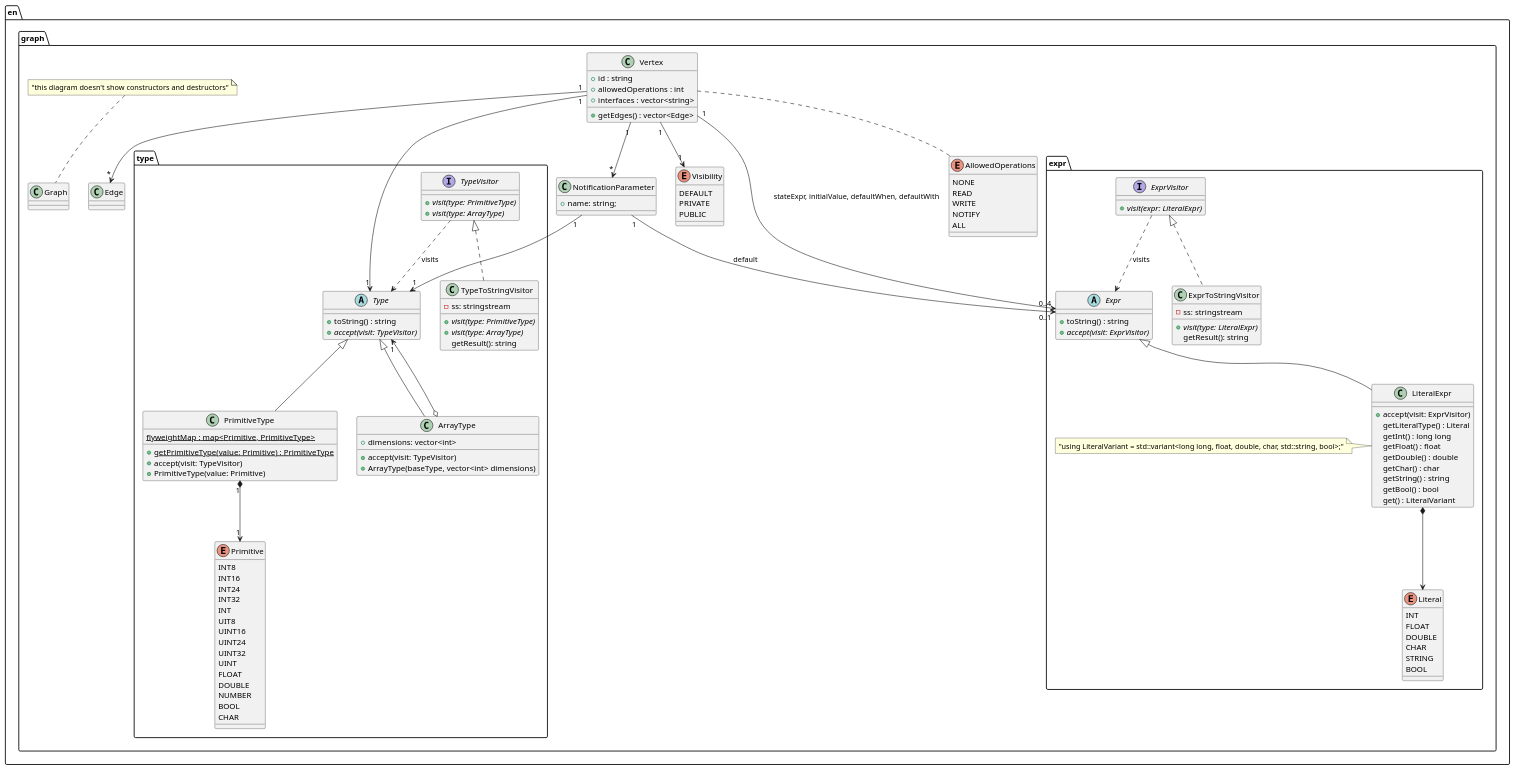
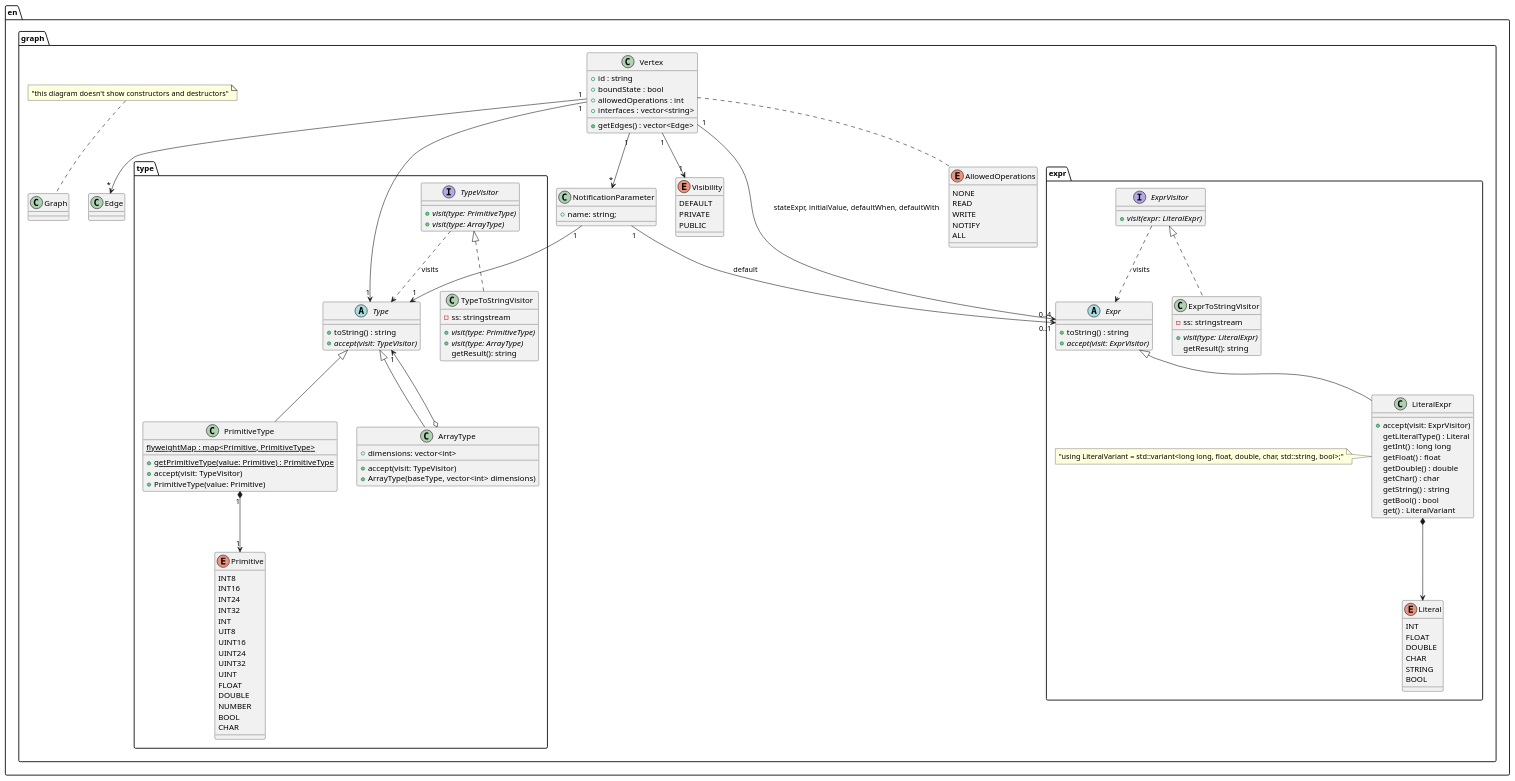
Before and after one commit to LucasEBSkora/Gnocchi: the diagram in specification and models/ENGraphClassDiagram.puml, drawn with PlantUML. The commit also changed 5 other files, not shown here.

```diff
--- a/specification and models/ENGraphClassDiagram.puml
+++ b/specification and models/ENGraphClassDiagram.puml
@@ -1,155 +1,156 @@
 @startuml "class"
 
 package en {
 
   package graph {
 
     package type {
       abstract class Type {
         + toString() : string
         {abstract} + accept(visit: TypeVisitor)
       }
 
       class PrimitiveType extends Type {
         {static} flyweightMap : map<Primitive, PrimitiveType>
         {static} + getPrimitiveType(value: Primitive) : PrimitiveType
         + accept(visit: TypeVisitor)
         + PrimitiveType(value: Primitive)
       }
 
       PrimitiveType "1" *--> "1" Primitive
 
       enum Primitive {
         INT8
         INT16
         INT24
         INT32
         INT
         UIT8
         UINT16
         UINT24
         UINT32
         UINT
         FLOAT
         DOUBLE
         NUMBER
         BOOL
         CHAR
       }
 
       class ArrayType extends Type {
         + dimensions: vector<int>
         + accept(visit: TypeVisitor)
         + ArrayType(baseType, vector<int> dimensions)
       }
 
       ArrayType o--> "1" Type
 
       interface TypeVisitor {
         {abstract} + visit(type: PrimitiveType)
         {abstract} + visit(type: ArrayType)
       }
 
       TypeVisitor ..> Type : visits
 
       class TypeToStringVisitor implements TypeVisitor {
         - ss: stringstream
         {abstract} + visit(type: PrimitiveType)
         {abstract} + visit(type: ArrayType)
         getResult(): string
       }
 
     }
 
     package expr {
       abstract class Expr {
         +toString() : string
         {abstract} + accept(visit: ExprVisitor)
       }
 
       enum Literal {
         INT
         FLOAT
         DOUBLE
         CHAR
         STRING
         BOOL
       }
 
 
       class LiteralExpr extends Expr {
         + accept(visit: ExprVisitor)
         getLiteralType() : Literal
         getInt() : long long
         getFloat() : float
         getDouble() : double
         getChar() : char
         getString() : string
         getBool() : bool
         get() : LiteralVariant
       }
 
       LiteralExpr *--> Literal
 
       note left of LiteralExpr : "using LiteralVariant = std::variant<long long, float, double, char, std::string, bool>;"
 
       interface ExprVisitor {
         {abstract} + visit(expr: LiteralExpr)
       }
 
       ExprVisitor ..> Expr : visits
 
       class ExprToStringVisitor implements ExprVisitor {
         - ss: stringstream
         {abstract} + visit(type: LiteralExpr)
         getResult(): string
       }
 
     }
 
     enum Visibility
     {
       DEFAULT
       PRIVATE
       PUBLIC
     }
 
     class Graph
 
     enum AllowedOperations
     {
       NONE
       READ
       WRITE
       NOTIFY
       ALL
     }
 
     class Vertex {
       + id : string
+      + boundState : bool
       + allowedOperations : int
       + interfaces : vector<string>
       + getEdges() : vector<Edge>
     }
 
     Vertex "1" --> "1" Visibility
     Vertex "1" --> "1" type.Type
     Vertex "1" --> "*" NotificationParameter
     Vertex "1" --> "0..4" expr.Expr : stateExpr, initialValue, defaultWhen, defaultWith
     Vertex "1" --> "*" Edge
     Vertex .. AllowedOperations
 
     class Edge
 
     class NotificationParameter
     {
       + name: string;
     }
 
     NotificationParameter "1" --> "1" Type
     NotificationParameter "1" --> "0..1" Expr : default
 
     note top of Graph : "this diagram doesn't show constructors and destructors"
   }
 }
 @enduml
```
